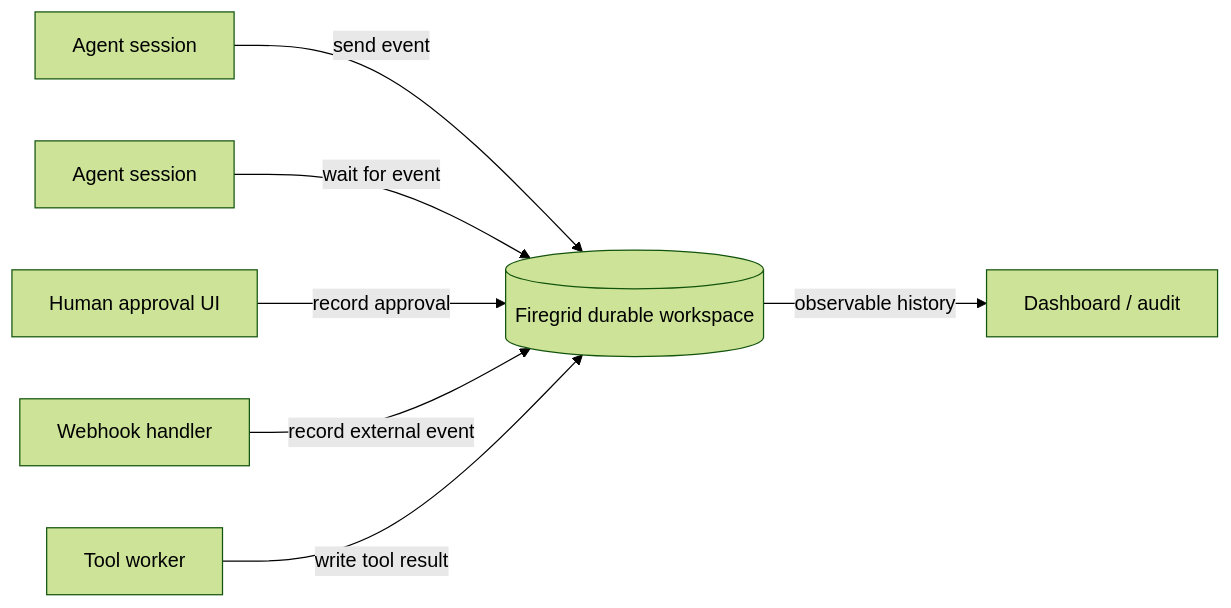
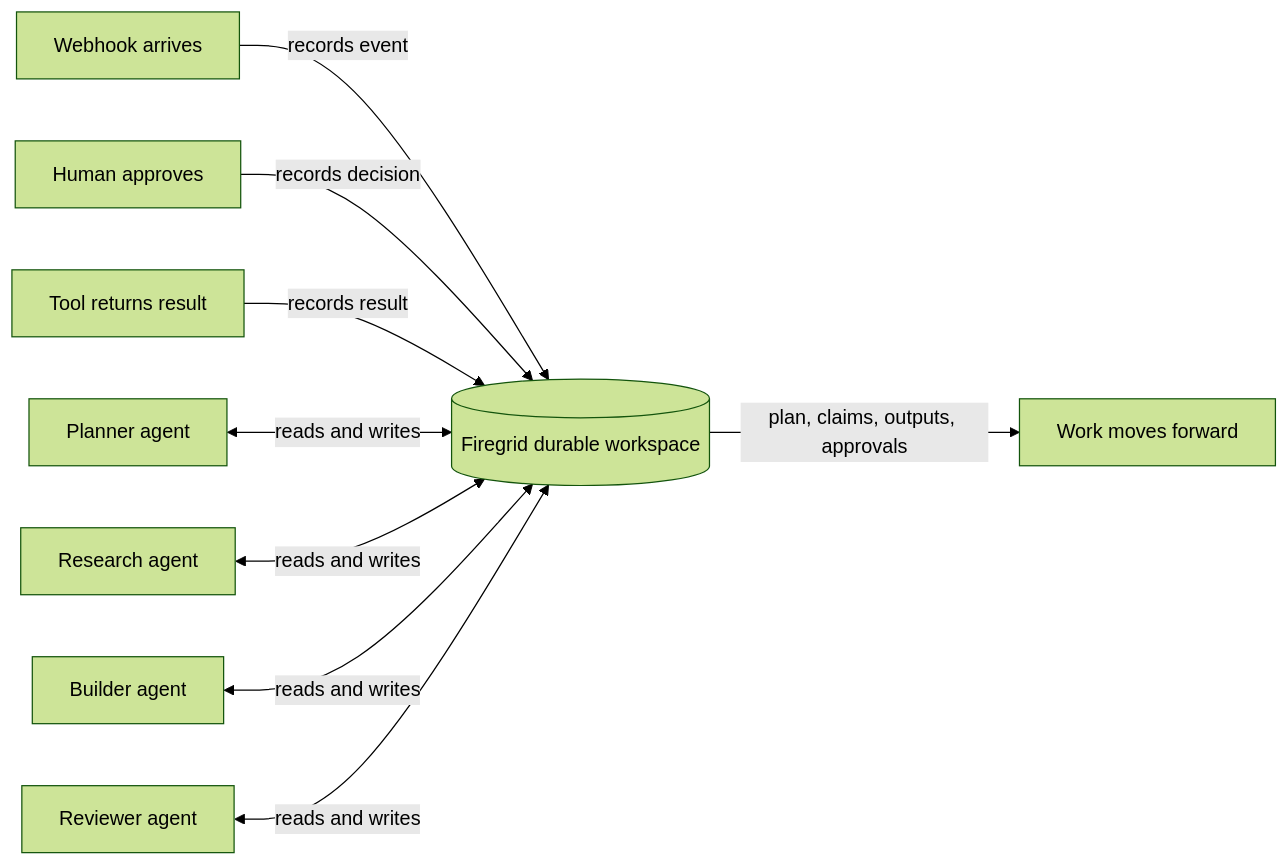
Before and after one commit to gurdasnijor/firegrid: the diagram in README.md, drawn with Mermaid (forest theme). The commit also changed other lines of this file, not shown here.

````diff
--- a/README.md
+++ b/README.md
@@ -60,9 +60,26 @@
 ```mermaid
 flowchart LR
-  AgentA[Agent session] -->|send event| State[(Firegrid durable workspace)]
-  AgentB[Agent session] -->|wait for event| State
-  Human[Human approval UI] -->|record approval| State
-  Webhook[Webhook handler] -->|record external event| State
-  Tool[Tool worker] -->|write tool result| State
-  State -->|observable history| Dashboard[Dashboard / audit]
+  Webhook[Webhook arrives]
+  Human[Human approves]
+  Tool[Tool returns result]
+
+  State[(Firegrid durable workspace)]
+
+  Planner[Planner agent]
+  Researcher[Research agent]
+  Builder[Builder agent]
+  Reviewer[Reviewer agent]
+
+  Outcome[Work moves forward]
+
+  Webhook -->|records event| State
+  Human -->|records decision| State
+  Tool -->|records result| State
+
+  Planner <-->|reads and writes| State
+  Researcher <-->|reads and writes| State
+  Builder <-->|reads and writes| State
+  Reviewer <-->|reads and writes| State
+
+  State -->|plan, claims, outputs, approvals| Outcome
 ```
````
